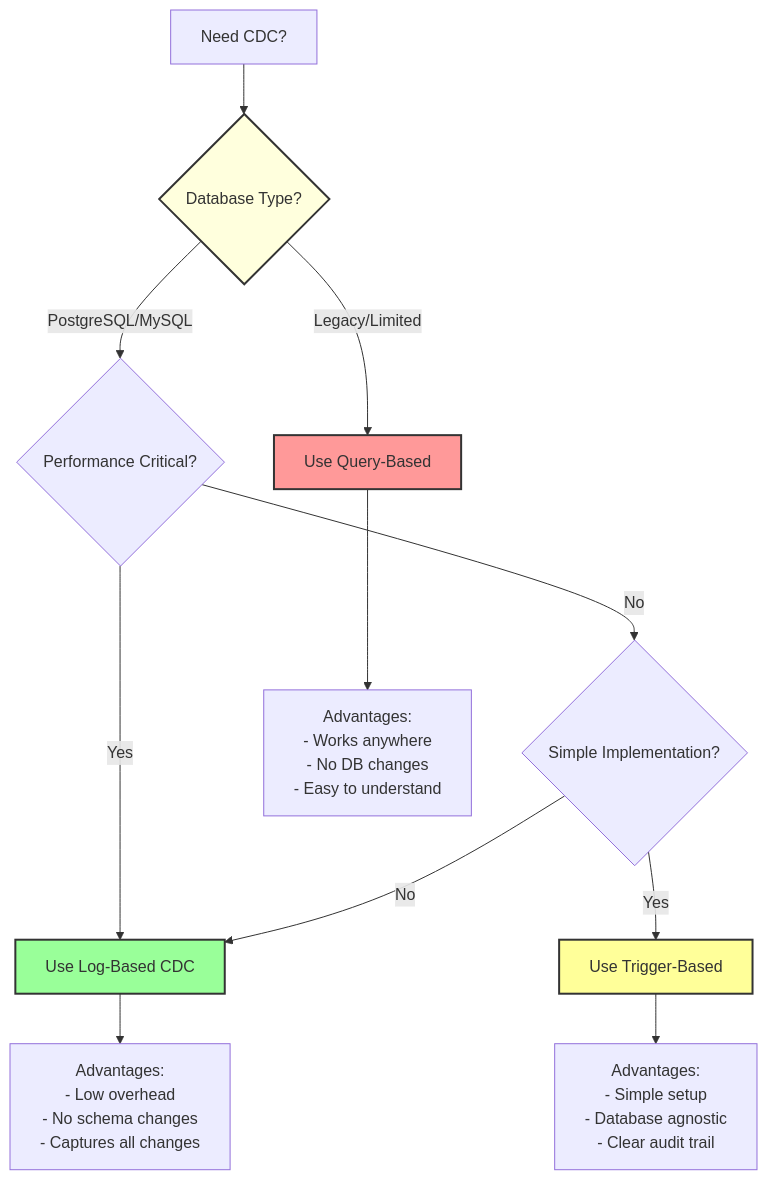
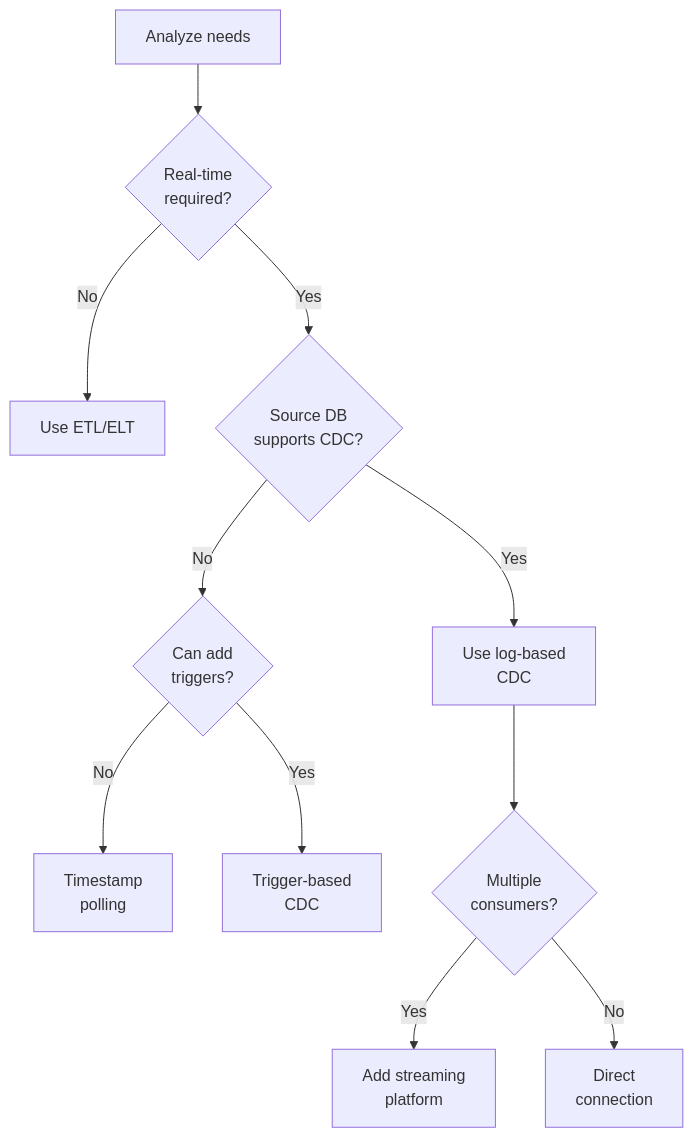
The fourth of 4 diagrams in docs/pattern-library/data-management/cdc.md (deepaucksharma/DStudio), drawn with Mermaid before and after one commit. The commit also changed other lines of this file and 64 other files, not shown here.

````diff
--- a/docs/pattern-library/data-management/cdc.md
+++ b/docs/pattern-library/data-management/cdc.md
@@ -157,24 +401,16 @@
 ```mermaid
-flowchart TD
-    START[Need CDC?] --> Q1{Database Type?}
+graph TD
+    Start[Analyze needs] --> Q1{Real-time<br/>required?}
+    Q1 -->|No| Batch[Use ETL/ELT]
+    Q1 -->|Yes| Q2{Source DB<br/>supports CDC?}
     
-    Q1 -->|PostgreSQL/MySQL| Q2{Performance Critical?}
-    Q1 -->|Legacy/Limited| QUERY[Use Query-Based]
+    Q2 -->|No| Q3{Can add<br/>triggers?}
+    Q2 -->|Yes| LogCDC[Use log-based<br/>CDC]
     
-    Q2 -->|Yes| LOG[Use Log-Based CDC]
-    Q2 -->|No| Q3{Simple Implementation?}
+    Q3 -->|No| Poll[Timestamp<br/>polling]
+    Q3 -->|Yes| Trigger[Trigger-based<br/>CDC]
     
-    Q3 -->|Yes| TRIGGER[Use Trigger-Based]
-    Q3 -->|No| LOG
-    
-    LOG --> ADV1[Advantages:<br/>- Low overhead<br/>- No schema changes<br/>- Captures all changes]
-    
-    TRIGGER --> ADV2[Advantages:<br/>- Simple setup<br/>- Database agnostic<br/>- Clear audit trail]
-    
-    QUERY --> ADV3[Advantages:<br/>- Works anywhere<br/>- No DB changes<br/>- Easy to understand]
-    
-    style Q1 fill:#ffd,stroke:#333,stroke-width:2px
-    style LOG fill:#9f9,stroke:#333,stroke-width:2px
-    style TRIGGER fill:#ff9,stroke:#333,stroke-width:2px
-    style QUERY fill:#f99,stroke:#333,stroke-width:2px
+    LogCDC --> Q4{Multiple<br/>consumers?}
+    Q4 -->|Yes| Stream[Add streaming<br/>platform]
+    Q4 -->|No| Direct[Direct<br/>connection]
 ```
````
